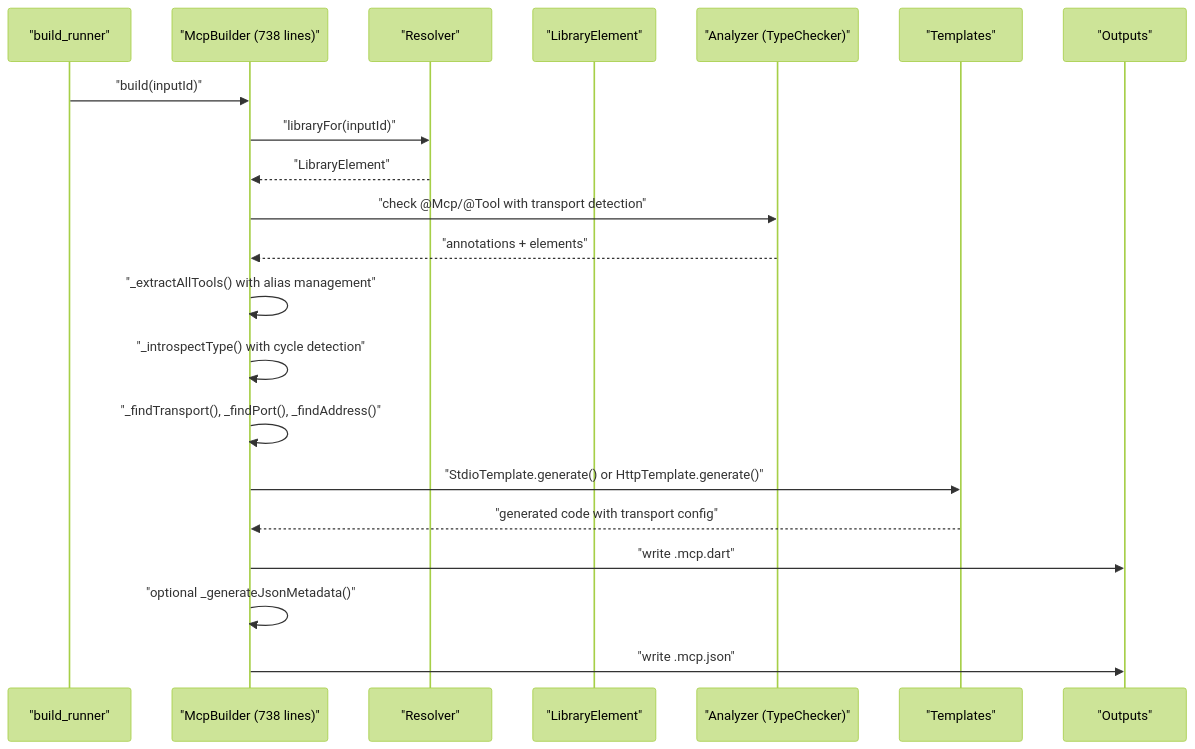
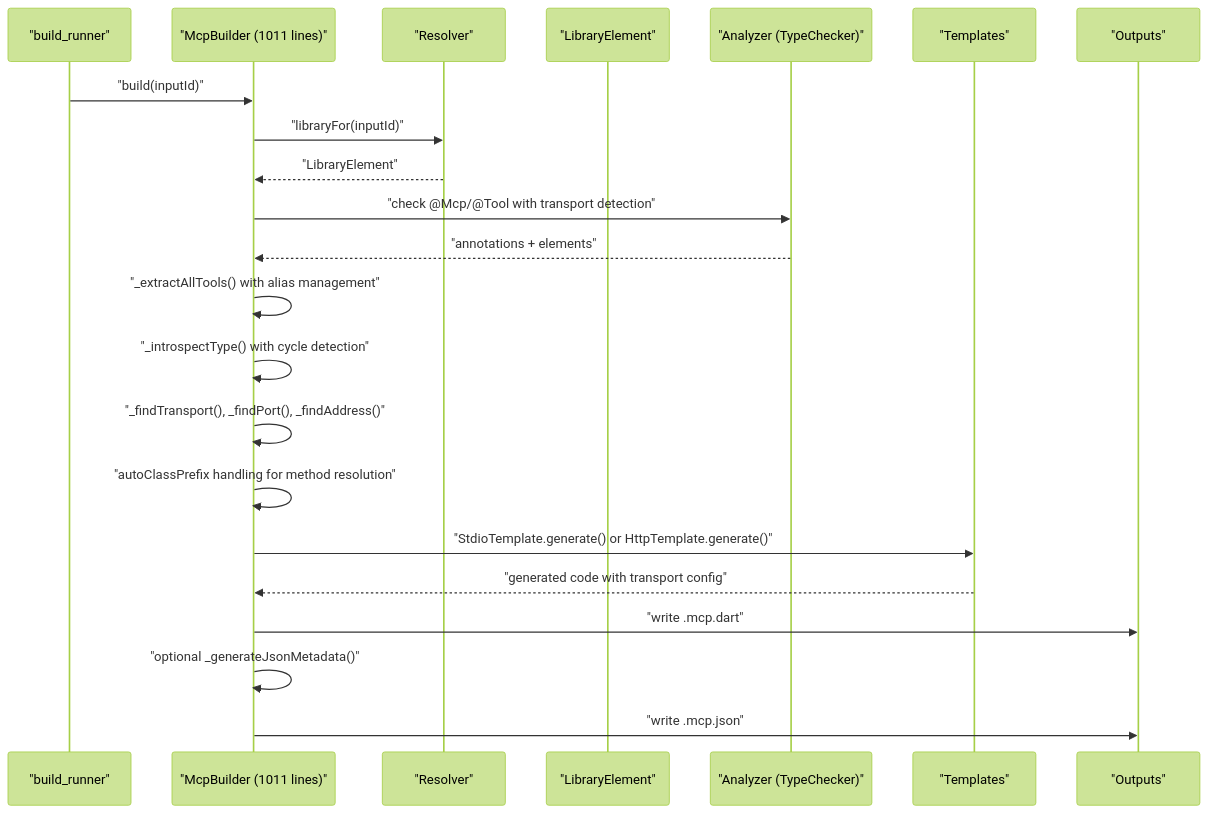
Before and after one commit to cdavis-code/easy_mcp_workspace: the second of 7 diagrams in .qoder/repowiki/en/content/Code Generation Engine/Code Generation Engine.md, drawn with Mermaid (forest theme). The commit also changed other lines of this file and 3 other files, not shown here.

````diff
--- a/.qoder/repowiki/en/content/Code Generation Engine/Code Generation Engine.md
+++ b/.qoder/repowiki/en/content/Code Generation Engine/Code Generation Engine.md
@@ -140,23 +139,24 @@
 ```mermaid
 sequenceDiagram
 participant BR as "build_runner"
-participant MS as "McpBuilder (738 lines)"
+participant MS as "McpBuilder (1011 lines)"
 participant RES as "Resolver"
 participant LIB as "LibraryElement"
 participant AN as "Analyzer (TypeChecker)"
 participant TPL as "Templates"
 participant OUT as "Outputs"
 BR->>MS : "build(inputId)"
 MS->>RES : "libraryFor(inputId)"
 RES-->>MS : "LibraryElement"
 MS->>AN : "check @Mcp/@Tool with transport detection"
 AN-->>MS : "annotations + elements"
 MS->>MS : "_extractAllTools() with alias management"
 MS->>MS : "_introspectType() with cycle detection"
 MS->>MS : "_findTransport(), _findPort(), _findAddress()"
+MS->>MS : "autoClassPrefix handling for method resolution"
 MS->>TPL : "StdioTemplate.generate() or HttpTemplate.generate()"
 TPL-->>MS : "generated code with transport config"
 MS->>OUT : "write .mcp.dart"
 MS->>MS : "optional _generateJsonMetadata()"
 MS->>OUT : "write .mcp.json"
 ```
````
